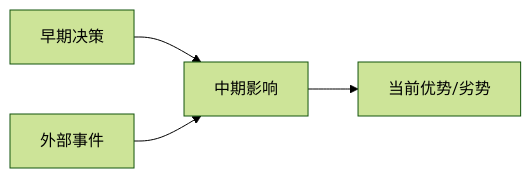
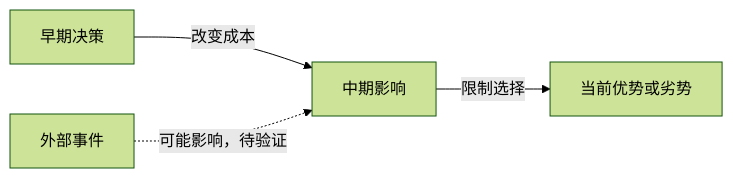
Before and after one commit to ghosTM55/ghost-research-skill: the second of 2 diagrams in SKILL.md, drawn with Mermaid (forest theme). The commit also changed other lines of this file and 1 other file, not shown here.

````diff
--- a/SKILL.md
+++ b/SKILL.md
@@ -360,6 +338,6 @@
 ```mermaid
 flowchart LR
-    A[早期决策] --> B[中期影响]
-    B --> C[当前优势/劣势]
-    D[外部事件] --> B
+    A["早期决策"] -->|改变成本| B["中期影响"]
+    B -->|限制选择| C["当前优势或劣势"]
+    D["外部事件"] -.->|可能影响，待验证| B
 ```
````
